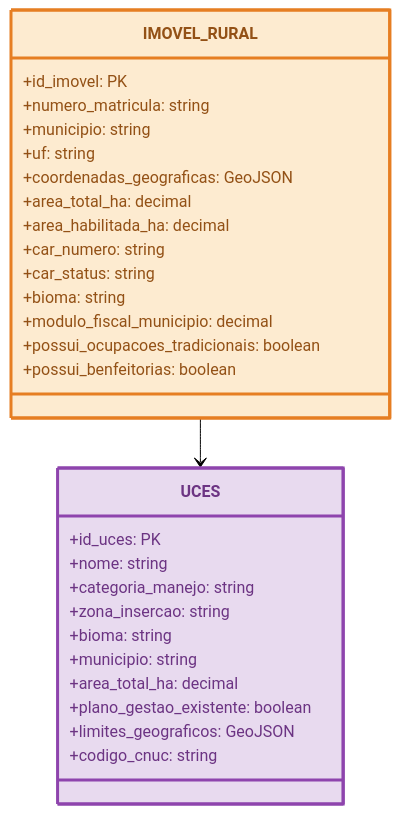
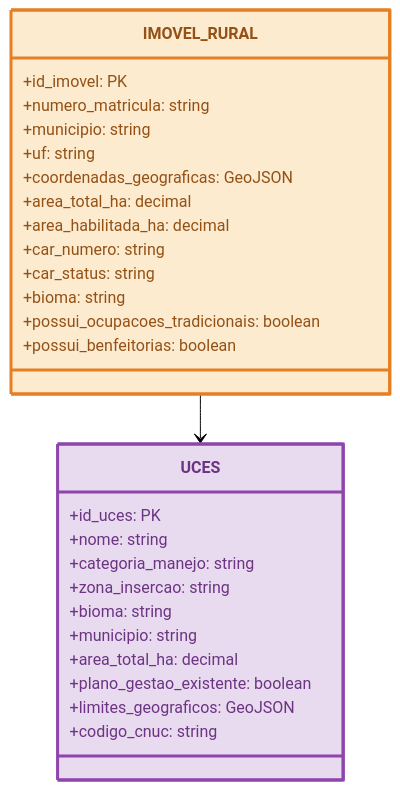
Before and after one commit to NGEO-IDEFLOR-Bio/certFundiaria-uces-pa: the third of 14 diagrams in docs/05-modelo-dados/modelo-dados.md, drawn with Mermaid (forest theme). The commit also changed other lines of this file and 31 other files, not shown here.

Commit message:
docs: atualiza especificacoes de planejamento e diagramas com a IN Conjunta oficial 2026

````diff
--- a/docs/05-modelo-dados/modelo-dados.md
+++ b/docs/05-modelo-dados/modelo-dados.md
@@ -73,36 +73,35 @@
 ```mermaid
 classDiagram
     class IMOVEL_RURAL {
         +id_imovel: PK
         +numero_matricula: string
         +municipio: string
         +uf: string
         +coordenadas_geograficas: GeoJSON
         +area_total_ha: decimal
         +area_habilitada_ha: decimal
         +car_numero: string
         +car_status: string
         +bioma: string
-        +modulo_fiscal_municipio: decimal
         +possui_ocupacoes_tradicionais: boolean
         +possui_benfeitorias: boolean
     }
 
     class UCES {
         +id_uces: PK
         +nome: string
         +categoria_manejo: string
         +zona_insercao: string
         +bioma: string
         +municipio: string
         +area_total_ha: decimal
         +plano_gestao_existente: boolean
         +limites_geograficos: GeoJSON
         +codigo_cnuc: string
     }
 
     IMOVEL_RURAL --> UCES
 
     style IMOVEL_RURAL fill:#FDEBD0,stroke:#E67E22,stroke-width:3px,color:#935116
     style UCES fill:#E8DAEF,stroke:#8E44AD,stroke-width:3px,color:#6C3483
 ```
````
